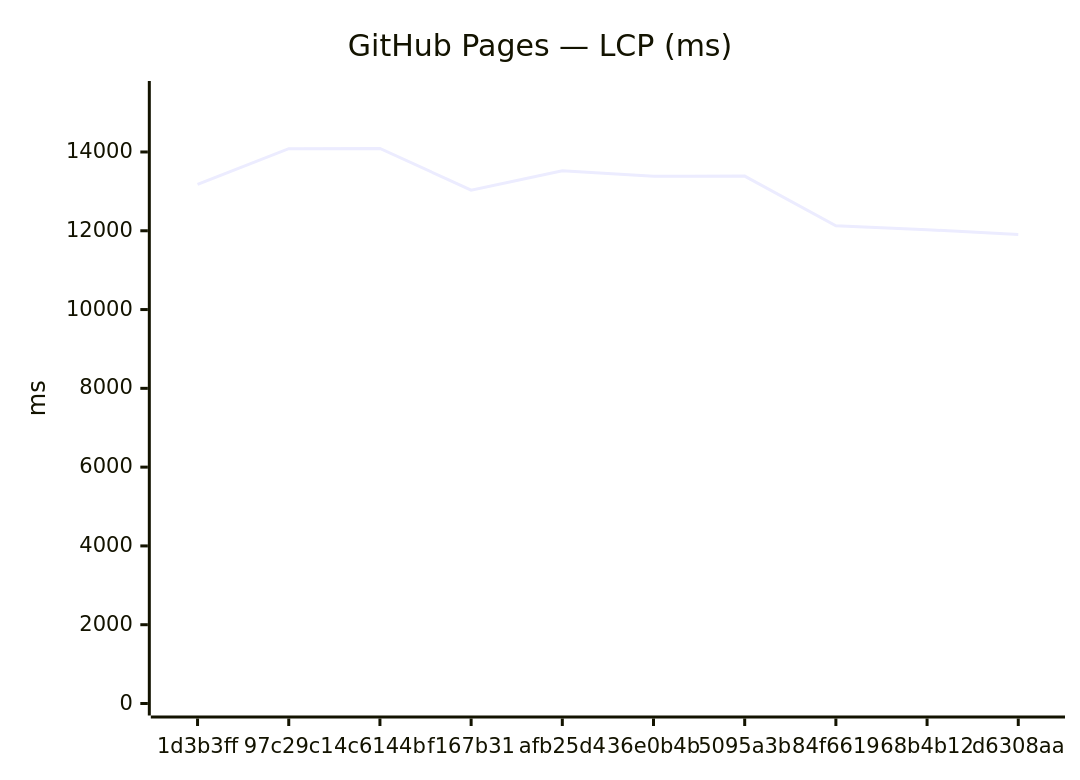
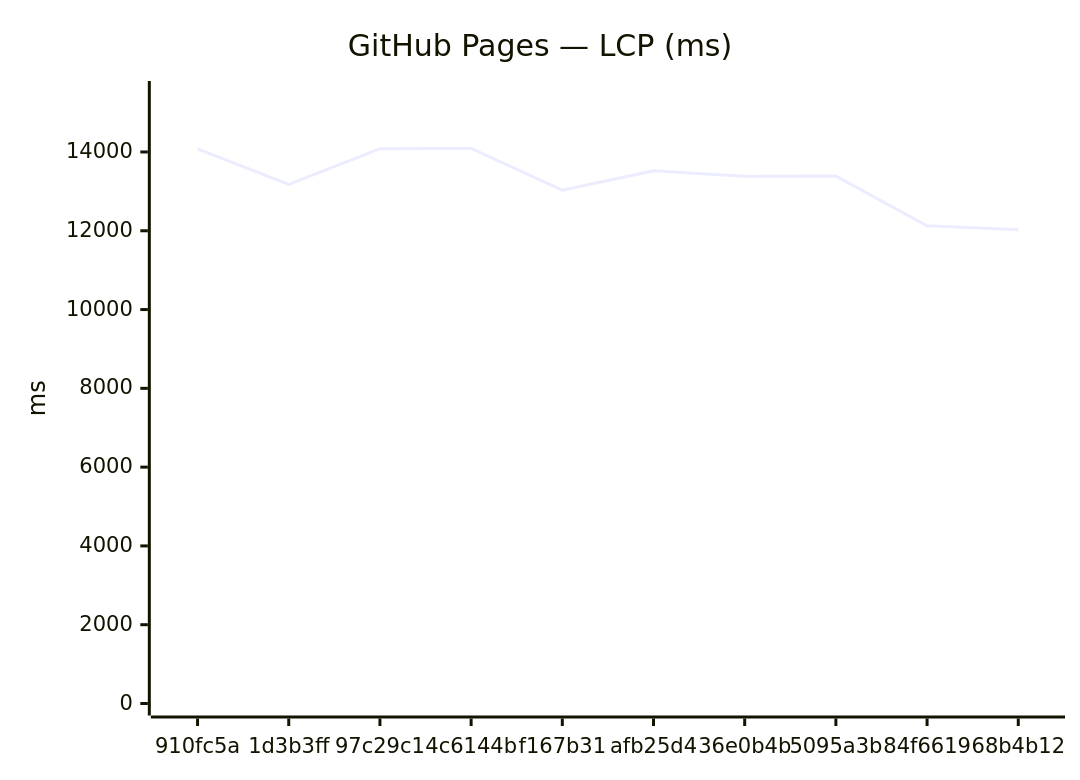
One commit to Metaheurist/Rianell changed the third of 18 diagrams in benchmarks/compare.md. Above: the diagram before and after it, drawn with Mermaid. The commit also changed other lines of this file and 11 other files, not shown here.

````diff
--- a/benchmarks/compare.md
+++ b/benchmarks/compare.md
@@ -54,7 +54,7 @@
 ```mermaid
 xychart-beta
     title "GitHub Pages — LCP (ms)"
-    x-axis ["1d3b3ff", "97c29c1", "4c6144b", "f167b31", "afb25d4", "36e0b4b", "5095a3b", "84f6619", "68b4b12", "d6308aa"]
+    x-axis ["910fc5a", "1d3b3ff", "97c29c1", "4c6144b", "f167b31", "afb25d4", "36e0b4b", "5095a3b", "84f6619", "68b4b12"]
     y-axis "ms" 0 --> 15497
-    line [13177, 14085, 14088, 13032, 13521, 13383, 13388, 12127, 12028, 11904]
+    line [14081, 13177, 14085, 14088, 13032, 13521, 13383, 13388, 12127, 12028]
 ```
````
